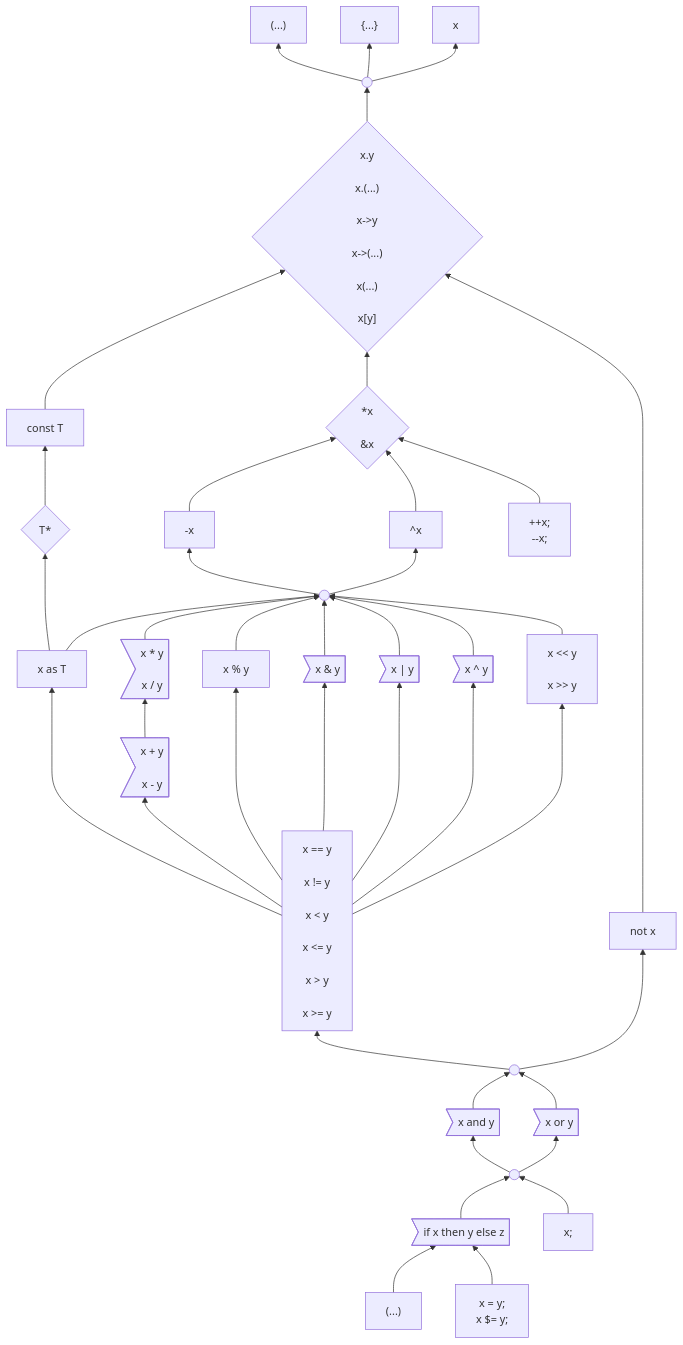
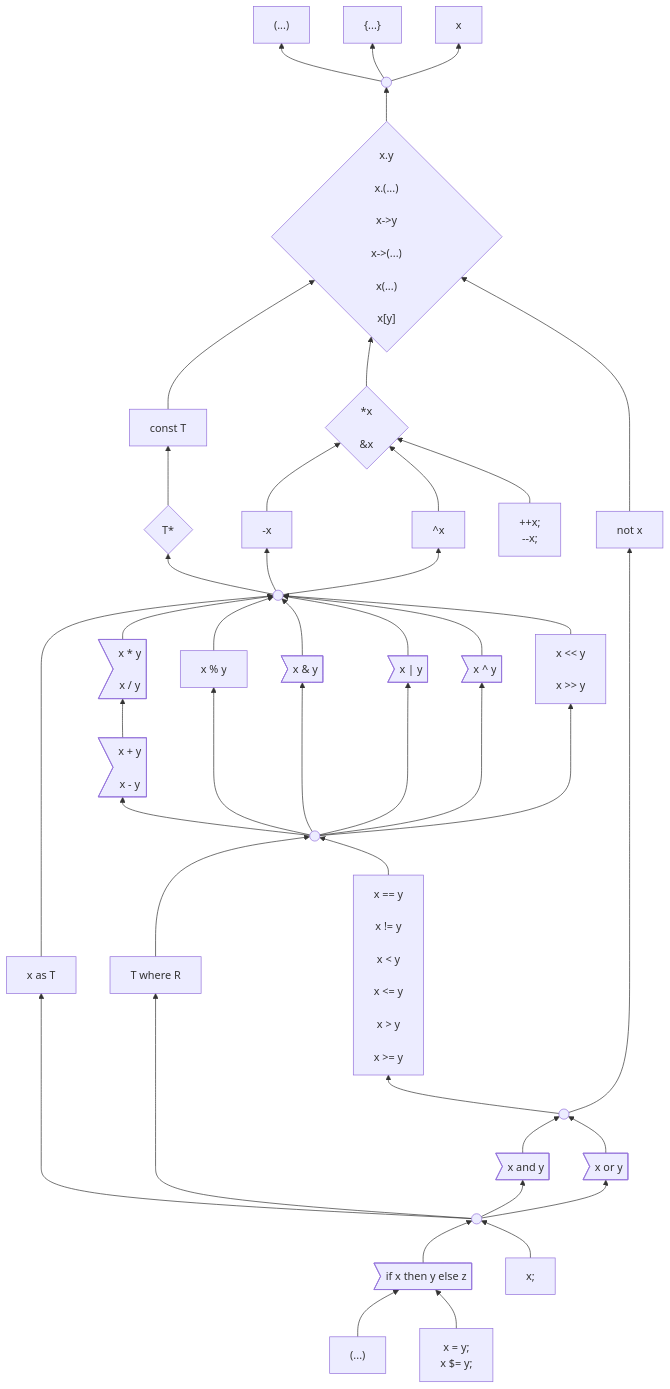
Before and after one commit to carbon-language/carbon-lang: the first of 3 diagrams in docs/design/expressions/README.md, drawn with Mermaid. The commit also changed 1 other file, not shown here.

Commit message:
Change operator precedence (#4075)
Update the operator precedence to achieve a few goals:

-   Form operators into groups which behave similarly
- Make the group of operators ("top-level operators") that capture
everything to the right, like `if`...`then`...`else`, behave similarly
to the left, so that rearranging expressions won't change how they
group.
- Add the `where` operator, used to specify constraints on facet types,
to the precedence chart, to define how it interacts with other
operators.
- Make the operator precedence diagram prettier, so that it eventually
can be made into a poster that Carbon programmers can hang on their
walls.

---------

````diff
--- a/docs/design/expressions/README.md
+++ b/docs/design/expressions/README.md
@@ -118,6 +118,10 @@
            x >> y"]
     click shift "https://github.com/carbon-language/carbon-lang/blob/trunk/docs/design/expressions/bitwise.md"
 
+    binaryOps((" "))
+
+    where["T where R"]
+
     comparison["x == y<br>
                 x != y<br>
                 x < y<br>
@@ -155,19 +159,31 @@
 
     constType --> suffixOps
     pointerType --> constType
-    as --> pointerType
 
     pointer --> suffixOps
     negation & complement & incDec --> pointer
-    unary --> negation & complement
-    %% Use a longer arrow here to put `not` next to `and` and `or`.
-    not -------> suffixOps
-    as & multiplication & modulo & bitwise_and & bitwise_or & bitwise_xor & shift --> unary
+    unary --> pointerType & negation & complement
+
+    %% Use a longer arrow here to put `not` next to other unary operators
+    not ---> suffixOps
+
+    %% `as` at the same level as `where` and comparisons
+    as -----> unary
+
+    multiplication & modulo & bitwise_and & bitwise_or & bitwise_xor & shift --> unary
     addition --> multiplication
-    comparison --> as & addition & modulo & bitwise_and & bitwise_or & bitwise_xor & shift
+    binaryOps --> addition & modulo & bitwise_and & bitwise_or & bitwise_xor & shift
+
+    where --> binaryOps
+    comparison --> binaryOps
     logicalOperand --> comparison & not
+
+    %% This helps group `and` and `or` together
+    classDef hidden display: none;
+    HIDDEN:::hidden ~~~ logicalOperand
+
     and & or --> logicalOperand
-    logicalExpression --> and & or
+    logicalExpression --> as & where & and & or
     if & expressionStatement --> logicalExpression
     insideParens & assignment --> if
 ```
````
